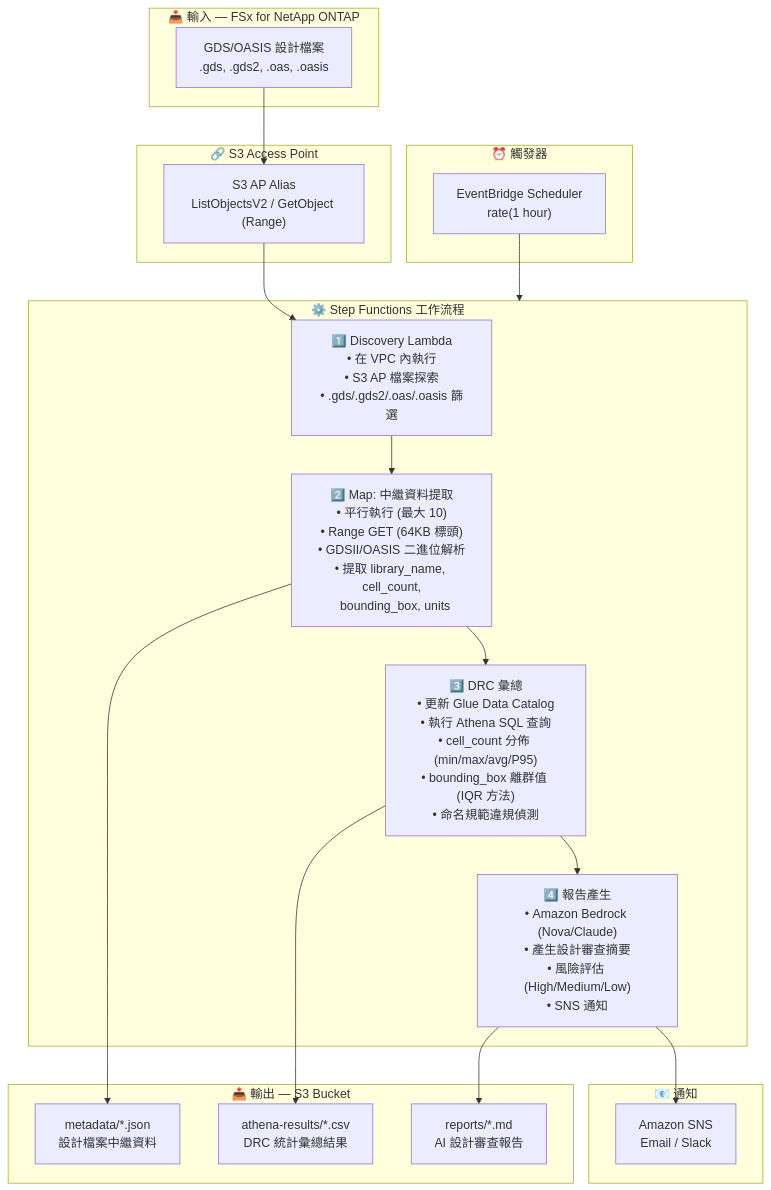
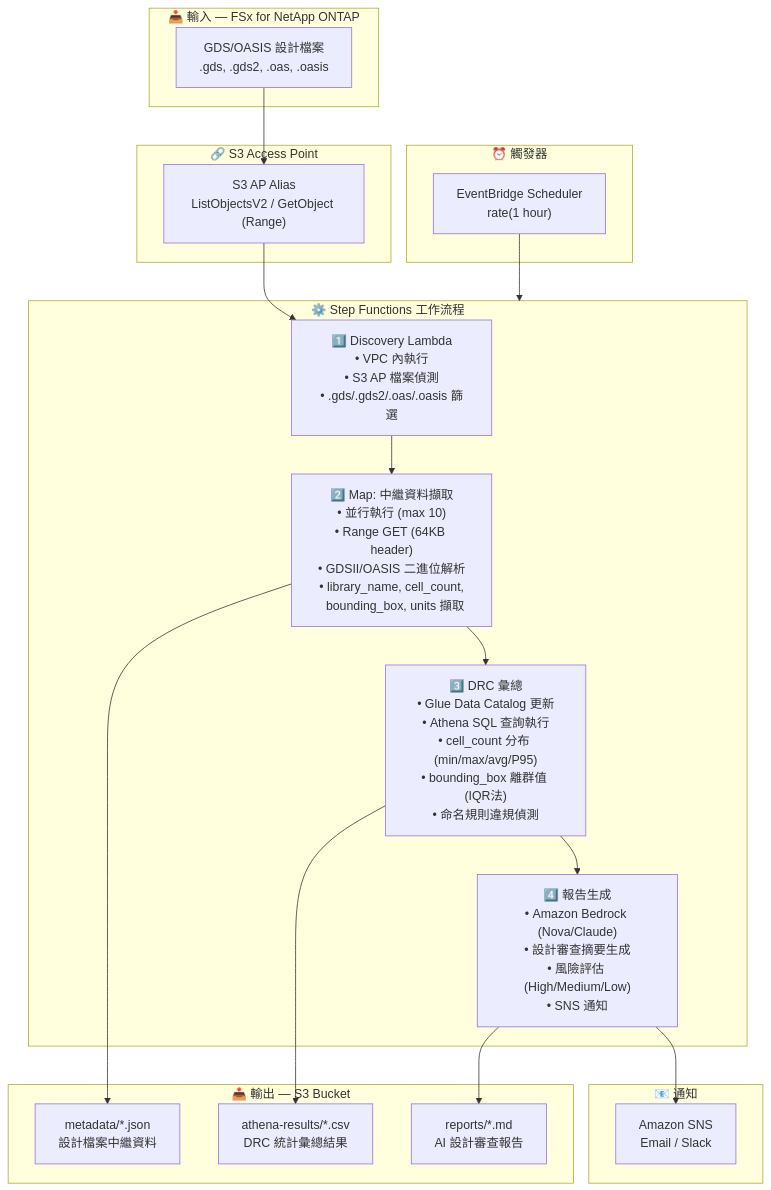
One commit to Yoshiki0705/FSx-for-ONTAP-S3AccessPoints-Serverless-Patterns changed the diagram in semiconductor-eda/docs/architecture.zh-TW.md. Above: the diagram before and after it, drawn with Mermaid. The commit also changed other lines of this file and 54 other files, not shown here.

````diff
--- a/semiconductor-eda/docs/architecture.zh-TW.md
+++ b/semiconductor-eda/docs/architecture.zh-TW.md
@@ -11,42 +13,42 @@
 ```mermaid
 flowchart TB
     subgraph INPUT["📥 輸入 — FSx for NetApp ONTAP"]
         GDS["GDS/OASIS 設計檔案<br/>.gds, .gds2, .oas, .oasis"]
     end
 
     subgraph S3AP["🔗 S3 Access Point"]
         ALIAS["S3 AP Alias<br/>ListObjectsV2 / GetObject (Range)"]
     end
 
     subgraph TRIGGER["⏰ 觸發器"]
         EB["EventBridge Scheduler<br/>rate(1 hour)"]
     end
 
     subgraph SFN["⚙️ Step Functions 工作流程"]
-        DISC["1️⃣ Discovery Lambda<br/>• 在 VPC 內執行<br/>• S3 AP 檔案探索<br/>• .gds/.gds2/.oas/.oasis 篩選"]
-        MAP["2️⃣ Map: 中繼資料提取<br/>• 平行執行 (最大 10)<br/>• Range GET (64KB 標頭)<br/>• GDSII/OASIS 二進位解析<br/>• 提取 library_name, cell_count,<br/>  bounding_box, units"]
-        DRC["3️⃣ DRC 彙總<br/>• 更新 Glue Data Catalog<br/>• 執行 Athena SQL 查詢<br/>• cell_count 分佈 (min/max/avg/P95)<br/>• bounding_box 離群值 (IQR 方法)<br/>• 命名規範違規偵測"]
-        RPT["4️⃣ 報告產生<br/>• Amazon Bedrock (Nova/Claude)<br/>• 產生設計審查摘要<br/>• 風險評估 (High/Medium/Low)<br/>• SNS 通知"]
+        DISC["1️⃣ Discovery Lambda<br/>• VPC 內執行<br/>• S3 AP 檔案偵測<br/>• .gds/.gds2/.oas/.oasis 篩選"]
+        MAP["2️⃣ Map: 中繼資料擷取<br/>• 並行執行 (max 10)<br/>• Range GET (64KB header)<br/>• GDSII/OASIS 二進位解析<br/>• library_name, cell_count,<br/>  bounding_box, units 擷取"]
+        DRC["3️⃣ DRC 彙總<br/>• Glue Data Catalog 更新<br/>• Athena SQL 查詢執行<br/>• cell_count 分布 (min/max/avg/P95)<br/>• bounding_box 離群值 (IQR法)<br/>• 命名規則違規偵測"]
+        RPT["4️⃣ 報告生成<br/>• Amazon Bedrock (Nova/Claude)<br/>• 設計審查摘要生成<br/>• 風險評估 (High/Medium/Low)<br/>• SNS 通知"]
     end
 
     subgraph OUTPUT["📤 輸出 — S3 Bucket"]
         META["metadata/*.json<br/>設計檔案中繼資料"]
         ATHENA["athena-results/*.csv<br/>DRC 統計彙總結果"]
         REPORT["reports/*.md<br/>AI 設計審查報告"]
     end
 
     subgraph NOTIFY["📧 通知"]
         SNS["Amazon SNS<br/>Email / Slack"]
     end
 
     GDS --> ALIAS
     ALIAS --> DISC
     EB --> SFN
     DISC --> MAP
     MAP --> DRC
     DRC --> RPT
     MAP --> META
     DRC --> ATHENA
     RPT --> REPORT
     RPT --> SNS
 ```
````
